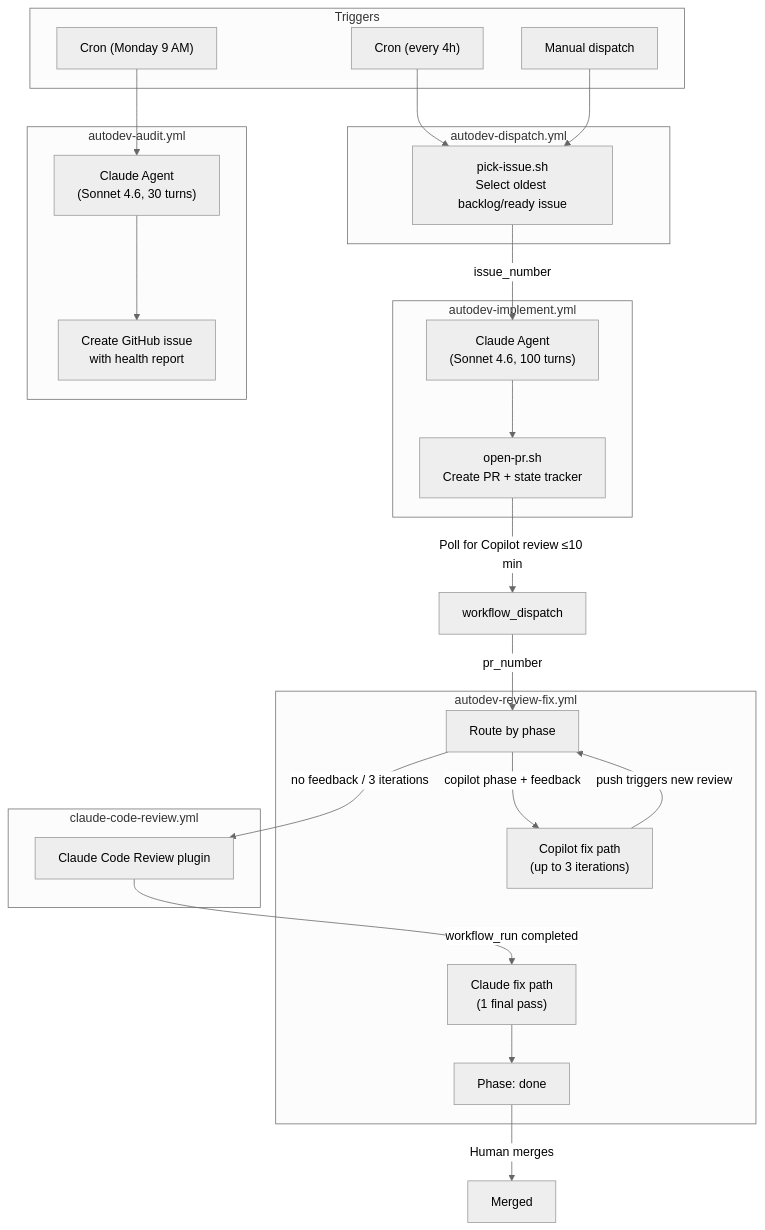
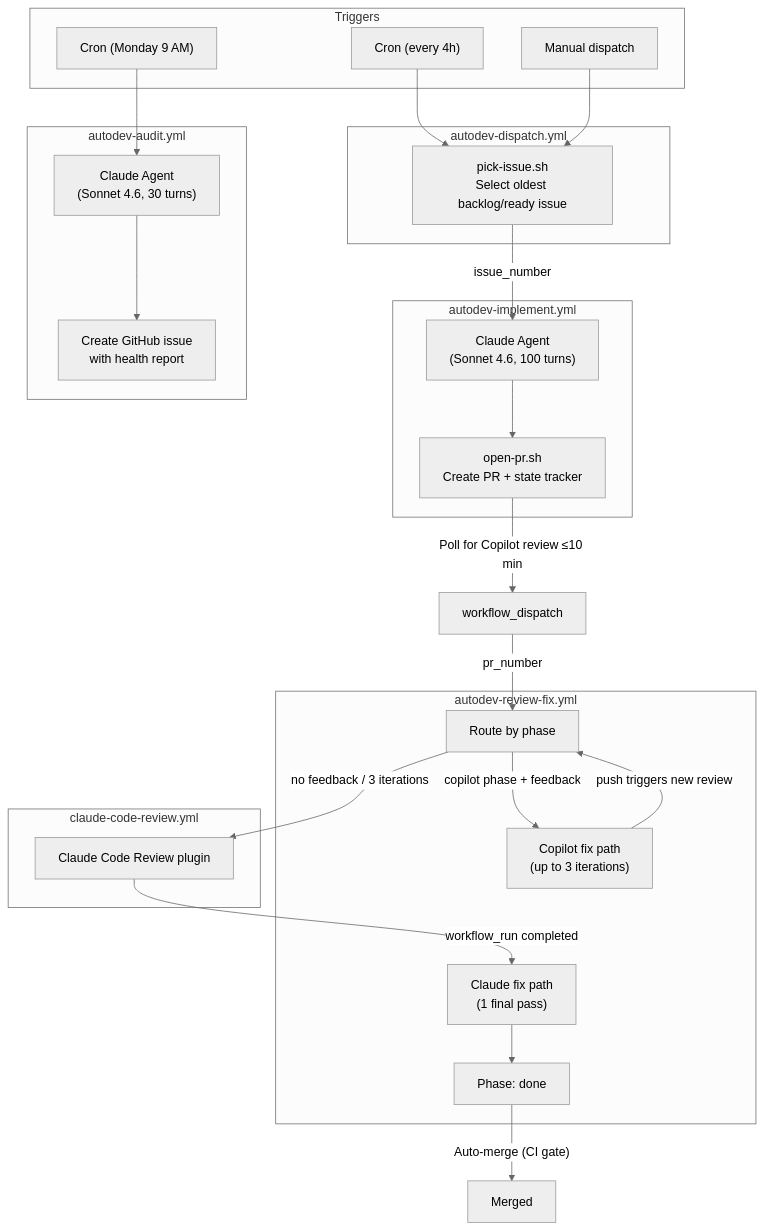
Before and after one commit to rnwolfe/mine: the first of 4 diagrams in docs/internal/autodev-pipeline.md, drawn with Mermaid (neutral theme). The commit also changed other lines of this file and 4 other files, not shown here.

First line of the commit message:
fix: prevent batch-merge conflicts and enable auto-merge

````diff
--- a/docs/internal/autodev-pipeline.md
+++ b/docs/internal/autodev-pipeline.md
@@ -13,49 +13,49 @@
 ```mermaid
 flowchart TB
     subgraph Triggers
         cron4h["Cron (every 4h)"]
         manual["Manual dispatch"]
         cronMon["Cron (Monday 9 AM)"]
     end
 
     subgraph Dispatch["autodev-dispatch.yml"]
         pick["pick-issue.sh<br/>Select oldest backlog/ready issue"]
     end
 
     subgraph Implement["autodev-implement.yml"]
         agent1["Claude Agent<br/>(Sonnet 4.6, 100 turns)"]
         openpr["open-pr.sh<br/>Create PR + state tracker"]
     end
 
     subgraph ReviewFix["autodev-review-fix.yml"]
         route["Route by phase"]
         copilotFix["Copilot fix path<br/>(up to 3 iterations)"]
         claudeFix["Claude fix path<br/>(1 final pass)"]
         done["Phase: done"]
     end
 
     subgraph CodeReview["claude-code-review.yml"]
         review["Claude Code Review plugin"]
     end
 
     subgraph Audit["autodev-audit.yml"]
         auditAgent["Claude Agent<br/>(Sonnet 4.6, 30 turns)"]
         auditIssue["Create GitHub issue<br/>with health report"]
     end
 
     cron4h --> pick
     manual --> pick
     pick -->|"issue_number"| agent1
     agent1 --> openpr
     openpr -->|"Poll for Copilot review ≤10 min"| dispatch["workflow_dispatch"]
     dispatch -->|"pr_number"| route
     route -->|"copilot phase + feedback"| copilotFix
     route -->|"no feedback / 3 iterations"| review
     copilotFix -->|"push triggers new review"| route
     review -->|"workflow_run completed"| claudeFix
     claudeFix --> done
-    done -->|"Human merges"| merged["Merged"]
+    done -->|"Auto-merge (CI gate)"| merged["Merged"]
 
     cronMon --> auditAgent
     auditAgent --> auditIssue
 ```
````
